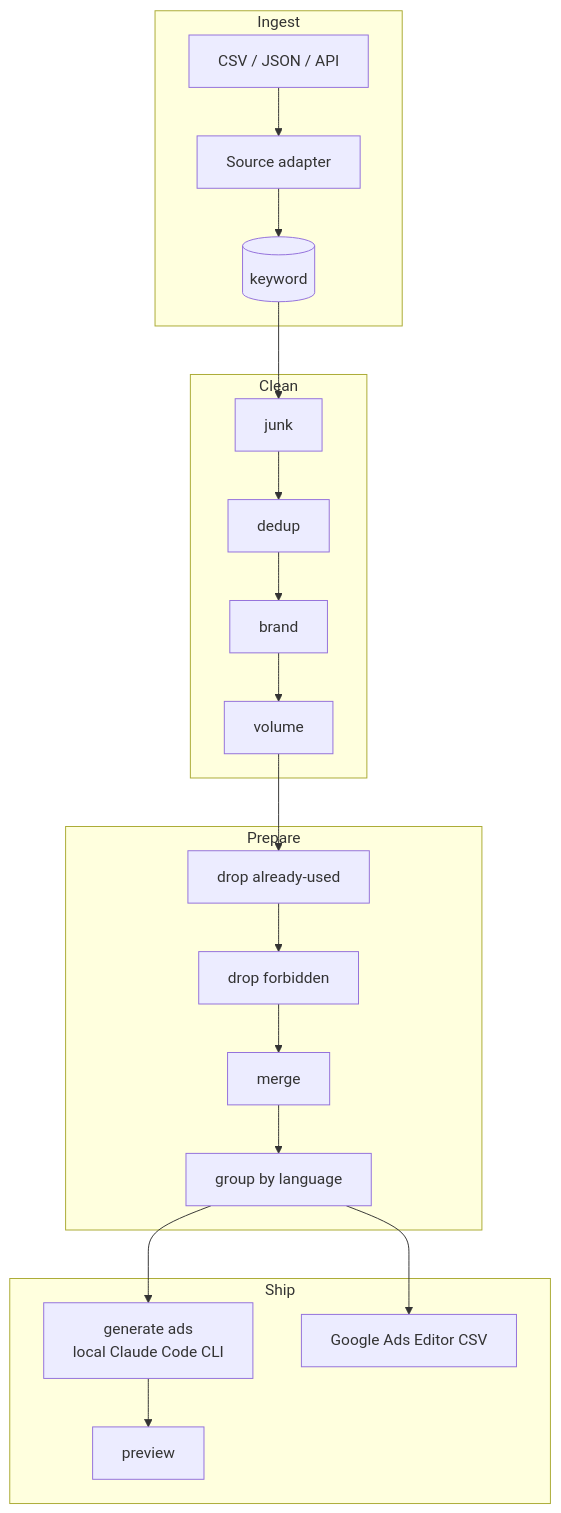
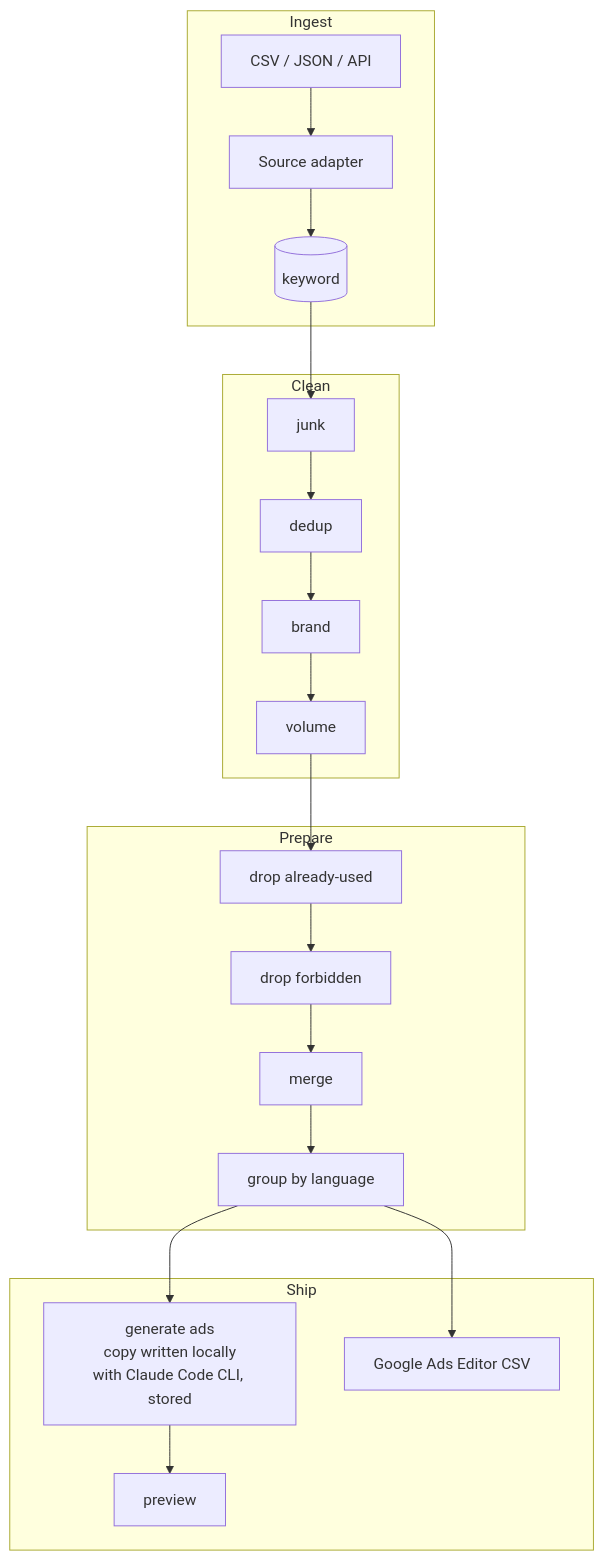
The diagram in docs/PLAN.md (dmsv312/test-site-pro), drawn with Mermaid before and after one commit. The commit also changed other lines of this file and 29 other files, not shown here.

````diff
--- a/docs/PLAN.md
+++ b/docs/PLAN.md
@@ -19,17 +19,17 @@
 ```mermaid
 flowchart TD
   subgraph Ingest
     A[CSV / JSON / API] --> B[Source adapter]
     B --> K[(keyword)]
   end
   subgraph Clean
     K --> J[junk] --> D[dedup] --> BR[brand] --> V[volume]
   end
   subgraph Prepare
     V --> U[drop already-used] --> F[drop forbidden] --> M[merge] --> G[group by language]
   end
   subgraph Ship
-    G --> AD[generate ads<br/>local Claude Code CLI] --> PV[preview]
+    G --> AD[generate ads<br/>copy written locally<br/>with Claude Code CLI, stored] --> PV[preview]
     G --> EX[Google Ads Editor CSV]
   end
 ```
````
